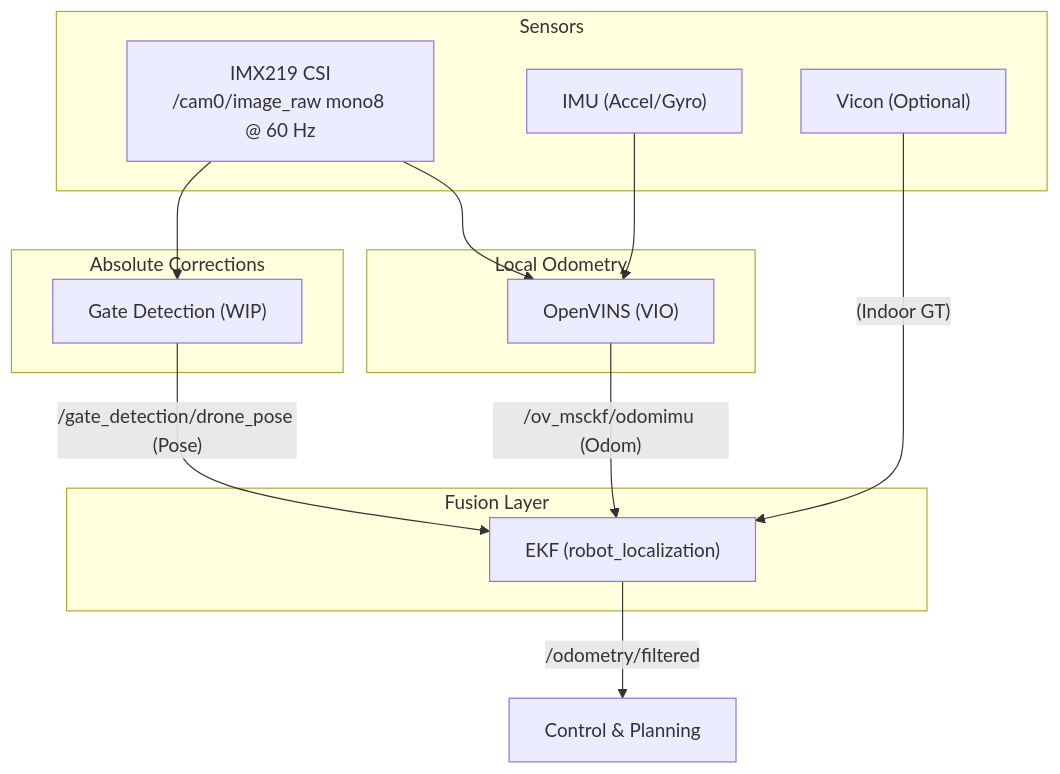
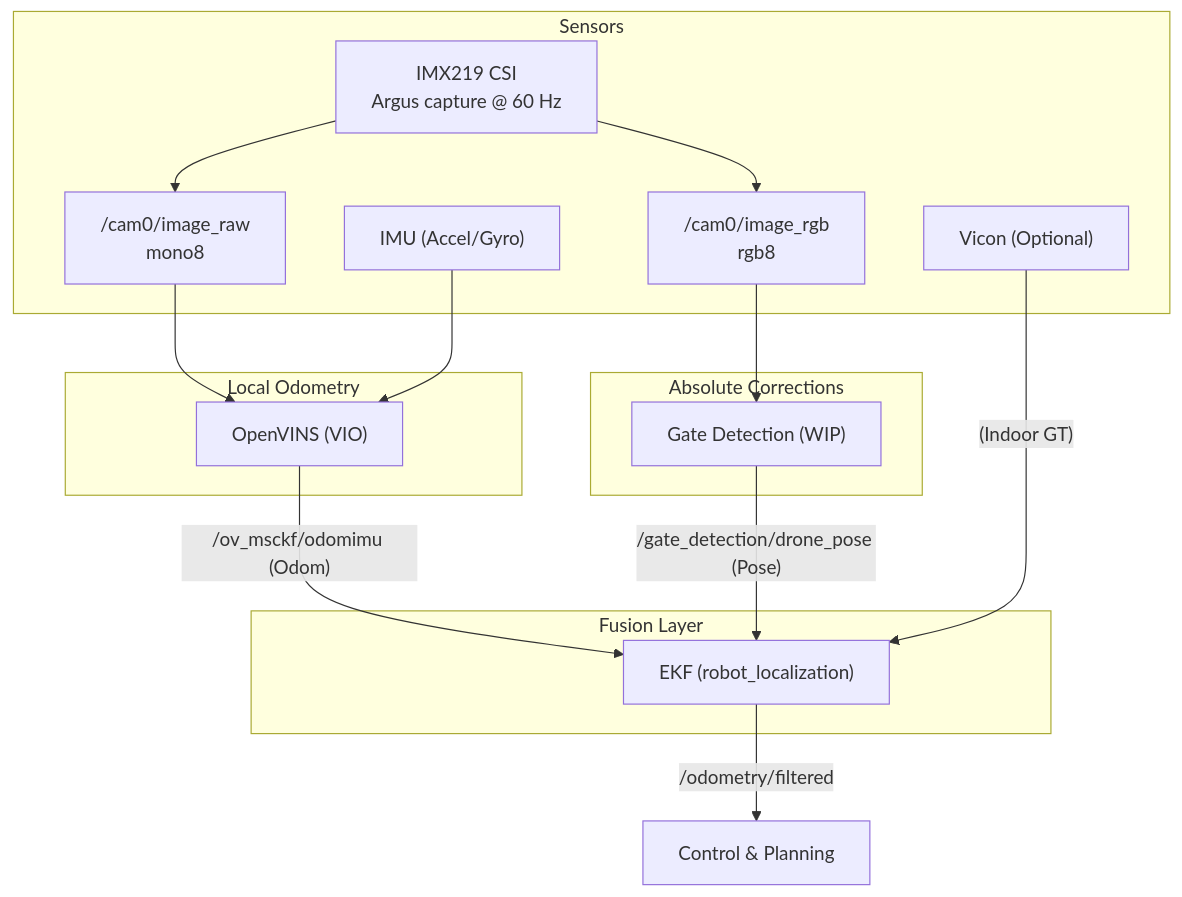
Before and after one commit to ETHRoboticsClub/ETHRC-Drone-Racing: the diagram in docs/docs/perception/index.md, drawn with Mermaid. The commit also changed other lines of this file and 14 other files, not shown here.

````diff
--- a/docs/docs/perception/index.md
+++ b/docs/docs/perception/index.md
@@ -13,32 +13,36 @@
 ```mermaid
 graph TD
     subgraph Sensors
-        Cam["IMX219 CSI<br/>/cam0/image_raw mono8 @ 60 Hz"]
+        Cam["IMX219 CSI<br/>Argus capture @ 60 Hz"]
+        Mono["/cam0/image_raw<br/>mono8"]
+        RGB["/cam0/image_rgb<br/>rgb8"]
         IMU["IMU (Accel/Gyro)"]
         Vicon["Vicon (Optional)"]
     end
 
     subgraph "Local Odometry"
         VIO["OpenVINS (VIO)"]
     end
 
     subgraph "Absolute Corrections"
         Gate["Gate Detection (WIP)"]
     end
 
     subgraph "Fusion Layer"
         EKF["EKF (robot_localization)"]
     end
 
-    Cam --> VIO
+    Cam --> Mono
+    Mono --> VIO
     IMU --> VIO
     VIO -->|"/ov_msckf/odomimu (Odom)"| EKF
     
-    Cam --> Gate
+    Cam --> RGB
+    RGB --> Gate
     Gate -->|"/gate_detection/drone_pose (Pose)"| EKF
     
     
     Vicon -->|"(Indoor GT)"| EKF
     
     EKF -->|"/odometry/filtered"| Control["Control & Planning"]
 ```
````
